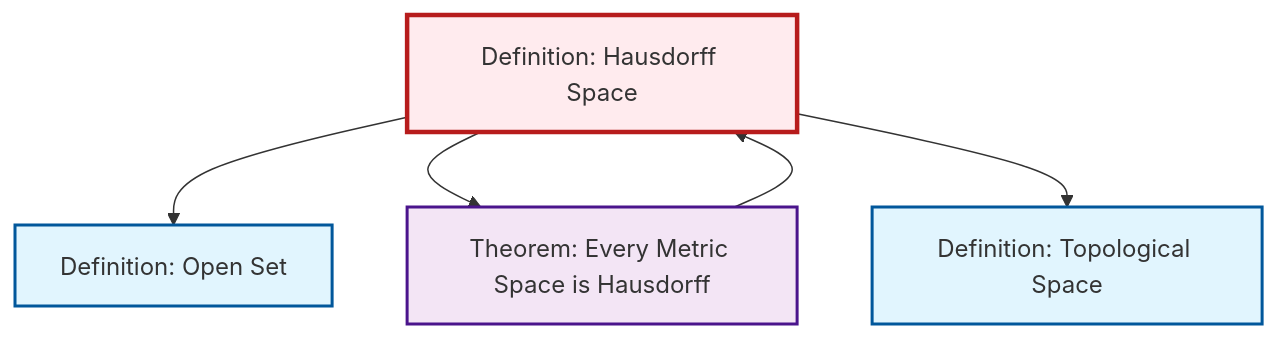
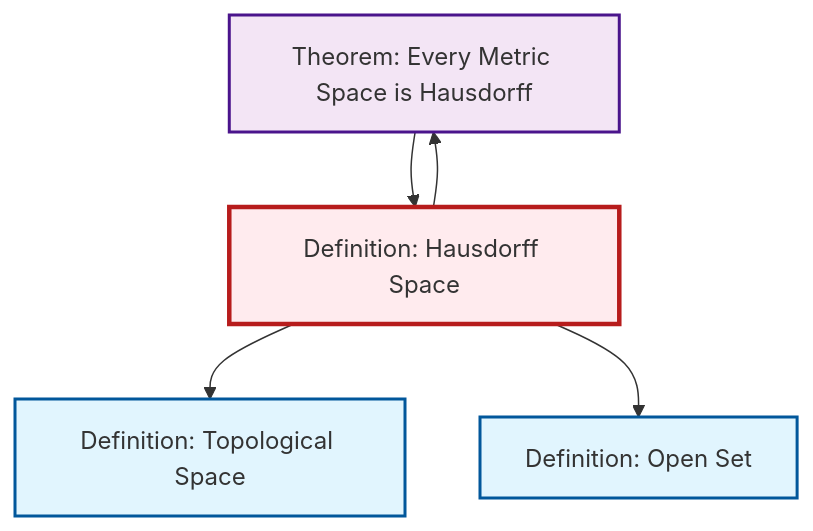
One commit to RK0429/ModernMath changed the diagram in output/mermaid/def-hausdorff.mermaid. Above: the diagram before and after it, drawn with Mermaid. The commit also changed other lines of this file and 1115 other files, not shown here.

````diff
--- a/output/mermaid/def-hausdorff.mermaid
+++ b/output/mermaid/def-hausdorff.mermaid
@@ -1,18 +1,18 @@
 ```{mermaid}
 %%| fig-cap: "Local dependency graph"
 graph TD
     classDef definition fill:#e1f5fe,stroke:#01579b,stroke-width:2px
     classDef theorem fill:#f3e5f5,stroke:#4a148c,stroke-width:2px
     classDef axiom fill:#fff3e0,stroke:#e65100,stroke-width:2px
     classDef example fill:#e8f5e9,stroke:#1b5e20,stroke-width:2px
     classDef current fill:#ffebee,stroke:#b71c1c,stroke-width:3px
+    thm-metric-hausdorff["Theorem: Every Metric Space is Hausdorff"]:::theorem
+    def-topological-space["Definition: Topological Space"]:::definition
+    def-open-set["Definition: Open Set"]:::definition
     def-hausdorff["Definition: Hausdorff Space"]:::definition
-    thm-metric-hausdorff["Theorem: Every Metric Space is Hausdorff"]:::theorem
-    def-open-set["Definition: Open Set"]:::definition
-    def-topological-space["Definition: Topological Space"]:::definition
+    def-hausdorff --> def-topological-space
+    def-hausdorff --> thm-metric-hausdorff
     def-hausdorff --> def-open-set
-    def-hausdorff --> thm-metric-hausdorff
-    def-hausdorff --> def-topological-space
     thm-metric-hausdorff --> def-hausdorff
     class def-hausdorff current
 ```
````
